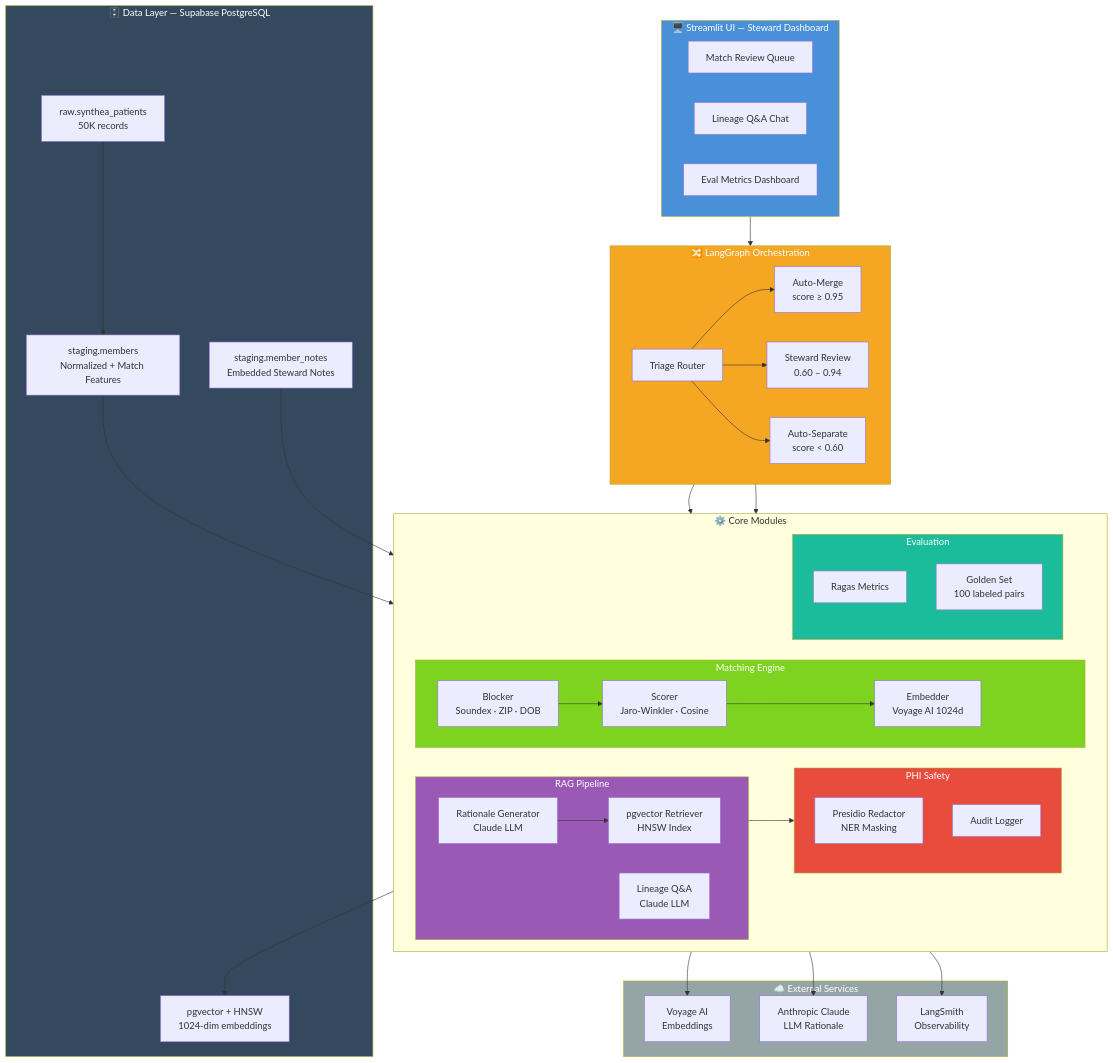
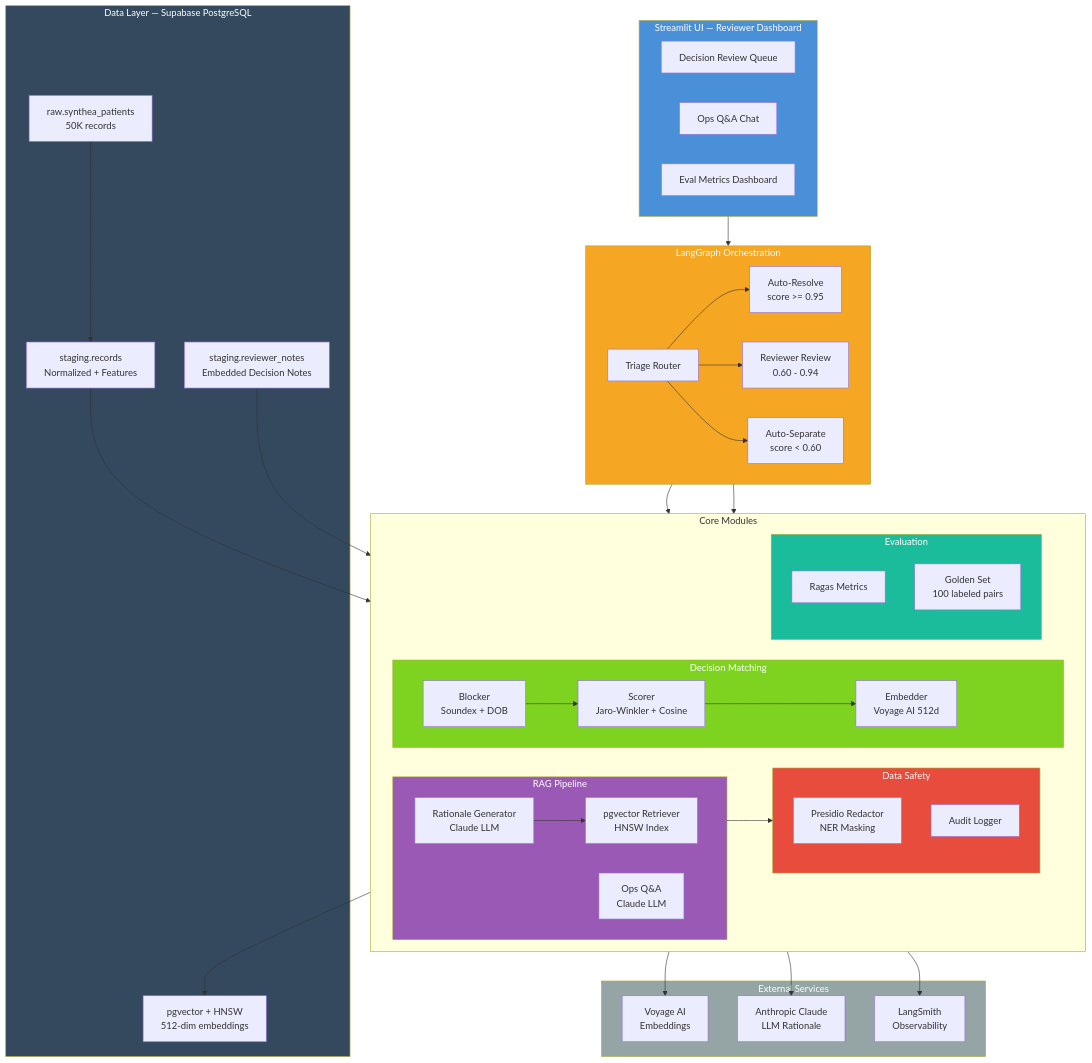
The diagram in README.md (amansharma03feb/-resolve-mdm-copilot), drawn with Mermaid before and after one commit. The commit also changed other lines of this file and 13 other files, not shown here.

First line of the commit message:
Rebrand: Resolve MDM Copilot -> Verify — AI Copilot for Operational Decision Review

````diff
--- a/README.md
+++ b/README.md
@@ -37,82 +64,82 @@
 ```mermaid
 graph TB
-    subgraph UI["🖥️ Streamlit UI — Steward Dashboard"]
-        UI_REVIEW["Match Review Queue"]
-        UI_LINEAGE["Lineage Q&A Chat"]
+    subgraph UI["Streamlit UI — Reviewer Dashboard"]
+        UI_REVIEW["Decision Review Queue"]
+        UI_LINEAGE["Ops Q&A Chat"]
         UI_METRICS["Eval Metrics Dashboard"]
     end
 
-    subgraph ORCH["🔀 LangGraph Orchestration"]
+    subgraph ORCH["LangGraph Orchestration"]
         TRIAGE["Triage Router"]
-        AUTO["Auto-Merge<br/>score ≥ 0.95"]
-        REVIEW["Steward Review<br/>0.60 – 0.94"]
+        AUTO["Auto-Resolve<br/>score >= 0.95"]
+        REVIEW["Reviewer Review<br/>0.60 - 0.94"]
         SEPARATE["Auto-Separate<br/>score < 0.60"]
     end
 
-    subgraph CORE["⚙️ Core Modules"]
+    subgraph CORE["Core Modules"]
         direction LR
-        subgraph MATCH["Matching Engine"]
-            BLOCKER["Blocker<br/>Soundex · ZIP · DOB"]
-            SCORER["Scorer<br/>Jaro-Winkler · Cosine"]
-            EMBEDDER["Embedder<br/>Voyage AI 1024d"]
+        subgraph MATCH["Decision Matching"]
+            BLOCKER["Blocker<br/>Soundex + DOB"]
+            SCORER["Scorer<br/>Jaro-Winkler + Cosine"]
+            EMBEDDER["Embedder<br/>Voyage AI 512d"]
         end
         subgraph RAG["RAG Pipeline"]
             RETRIEVER["pgvector Retriever<br/>HNSW Index"]
             RATIONALE["Rationale Generator<br/>Claude LLM"]
-            LINEAGE["Lineage Q&A<br/>Claude LLM"]
+            LINEAGE["Ops Q&A<br/>Claude LLM"]
         end
-        subgraph PHI["PHI Safety"]
+        subgraph PHI["Data Safety"]
             REDACTOR["Presidio Redactor<br/>NER Masking"]
             AUDIT["Audit Logger"]
         end
         subgraph EVAL["Evaluation"]
             RAGAS["Ragas Metrics"]
             GOLDEN["Golden Set<br/>100 labeled pairs"]
         end
     end
 
-    subgraph DATA["🗄️ Data Layer — Supabase PostgreSQL"]
+    subgraph DATA["Data Layer — Supabase PostgreSQL"]
         RAW["raw.synthea_patients<br/>50K records"]
-        STAGING["staging.members<br/>Normalized + Match Features"]
-        NOTES["staging.member_notes<br/>Embedded Steward Notes"]
-        VECTORS["pgvector + HNSW<br/>1024-dim embeddings"]
+        STAGING["staging.records<br/>Normalized + Features"]
+        NOTES["staging.reviewer_notes<br/>Embedded Decision Notes"]
+        VECTORS["pgvector + HNSW<br/>512-dim embeddings"]
     end
 
-    subgraph EXT["☁️ External Services"]
+    subgraph EXT["External Services"]
         VOYAGE["Voyage AI<br/>Embeddings"]
         CLAUDE["Anthropic Claude<br/>LLM Rationale"]
         LANGSMITH["LangSmith<br/>Observability"]
     end
 
     UI --> ORCH
     TRIAGE --> AUTO
     TRIAGE --> REVIEW
     TRIAGE --> SEPARATE
 
     ORCH --> MATCH
     ORCH --> RAG
     RAG --> PHI
     PHI --> CLAUDE
 
     BLOCKER --> SCORER
     SCORER --> EMBEDDER
     EMBEDDER --> VOYAGE
 
     RETRIEVER --> VECTORS
     RATIONALE --> RETRIEVER
 
     RAW --> STAGING
     STAGING --> BLOCKER
     NOTES --> RETRIEVER
 
     EVAL --> LANGSMITH
 
     style UI fill:#4A90D9,color:#fff
     style ORCH fill:#F5A623,color:#fff
     style MATCH fill:#7ED321,color:#fff
     style RAG fill:#9B59B6,color:#fff
     style PHI fill:#E74C3C,color:#fff
     style EVAL fill:#1ABC9C,color:#fff
     style DATA fill:#34495E,color:#fff
     style EXT fill:#95A5A6,color:#fff
 ```
````
